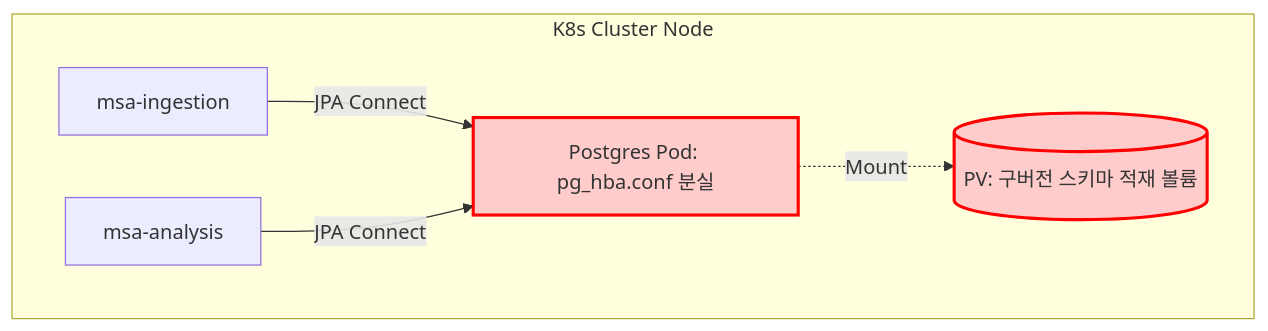
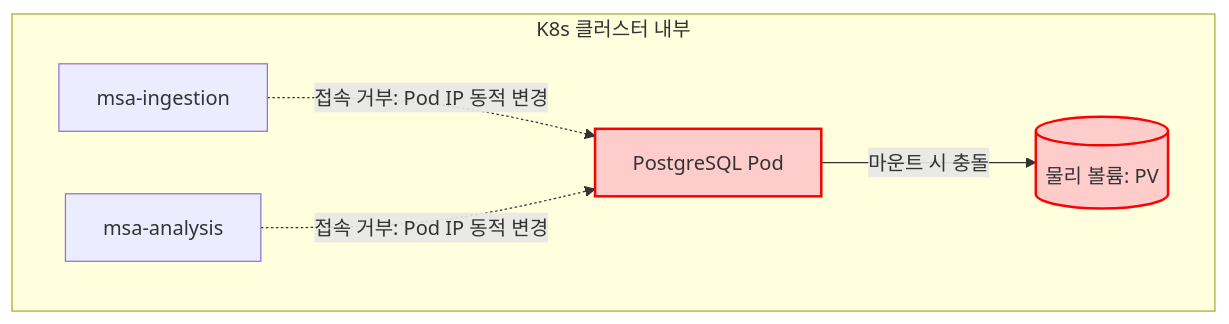
One commit to ckstj8027/k-logging-project changed the first of 3 diagrams in README.md. Above: the diagram before and after it, drawn with Mermaid. The commit also changed other lines of this file, not shown here.

````diff
--- a/README.md
+++ b/README.md
@@ -40,19 +29,16 @@
 ```mermaid
 graph TD
-    subgraph K8s_Cluster [K8s Cluster Node]
-        LIC[msa-ingestion]
-        LPS[msa-analysis]
-        
-        %% 장애 지점 강조 (빨간색)
-        DB[Postgres Pod: pg_hba.conf 분실]
-        PV[(PV: 구버전 스키마 적재 볼륨)]
-        
-        LIC -->|JPA Connect| DB
-        LPS -->|JPA Connect| DB
-        DB -.->|Mount| PV
+    subgraph K8s_Cluster ["K8s 클러스터 내부"]
+        Ingestion["msa-ingestion"]
+        Analysis["msa-analysis"]
+        DB["PostgreSQL Pod"]
+        PV[("물리 볼륨: PV")]
     end
 
-    %% 스타일 정의
-    style DB fill:#ffcccc,stroke:#ff0000,stroke-width:2.5px;
-    style PV fill:#ffcccc,stroke:#ff0000,stroke-width:2.5px;
+    Ingestion -.->|접속 거부: Pod IP 동적 변경| DB
+    Analysis -.->|접속 거부: Pod IP 동적 변경| DB
+    DB -->|마운트 시 충돌| PV
+    
+    style DB fill:#ffcccc,stroke:#ff0000,stroke-width:2px;
+    style PV fill:#ffcccc,stroke:#ff0000,stroke-width:2px;
 ```
````
